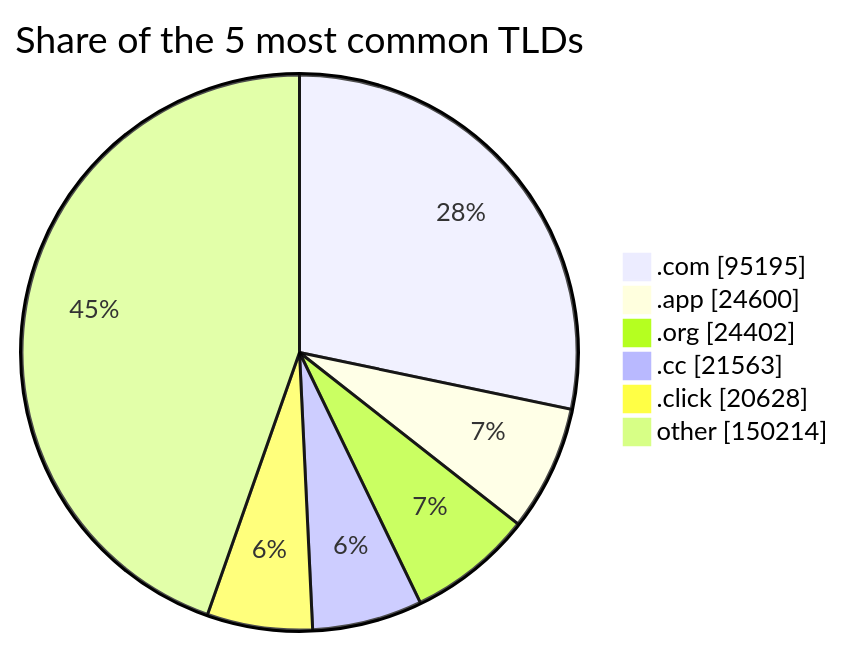
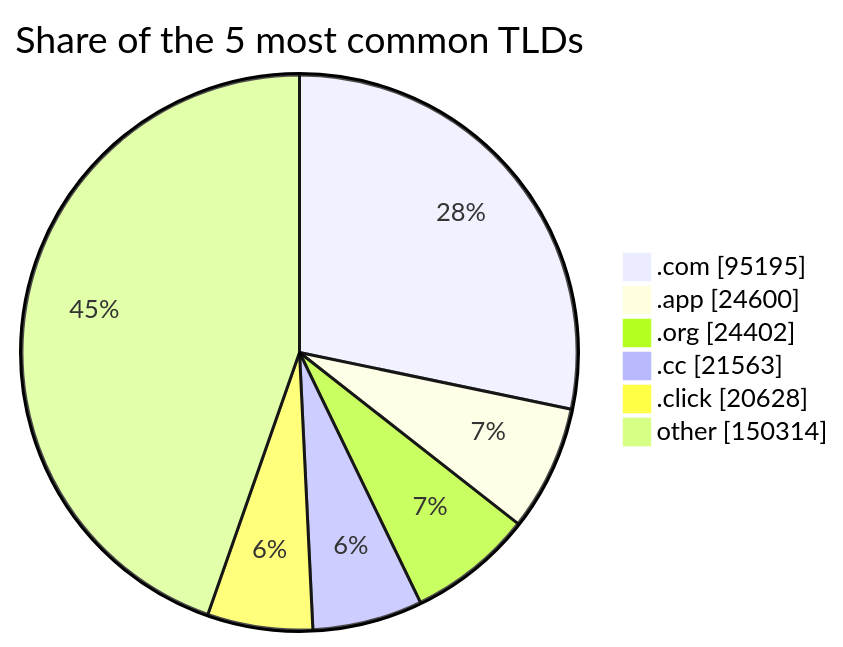
The third of 3 diagrams in README.md (DNSBunker/CTI), drawn with Mermaid before and after one commit. The commit also changed other lines of this file and 4 other files, not shown here.

````diff
--- a/README.md
+++ b/README.md
@@ -81,9 +81,9 @@
 ```mermaid
 pie showData title Share of the 5 most common TLDs
     ".com" : 95195
     ".app" : 24600
     ".org" : 24402
     ".cc" : 21563
     ".click" : 20628
-    "other" : 150214
+    "other" : 150314
 ```
````
